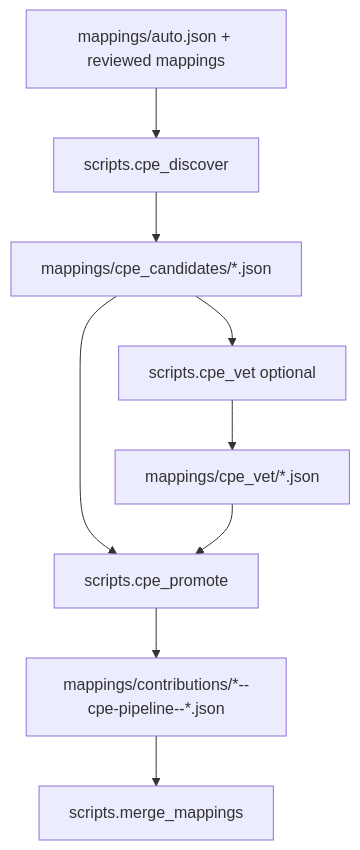
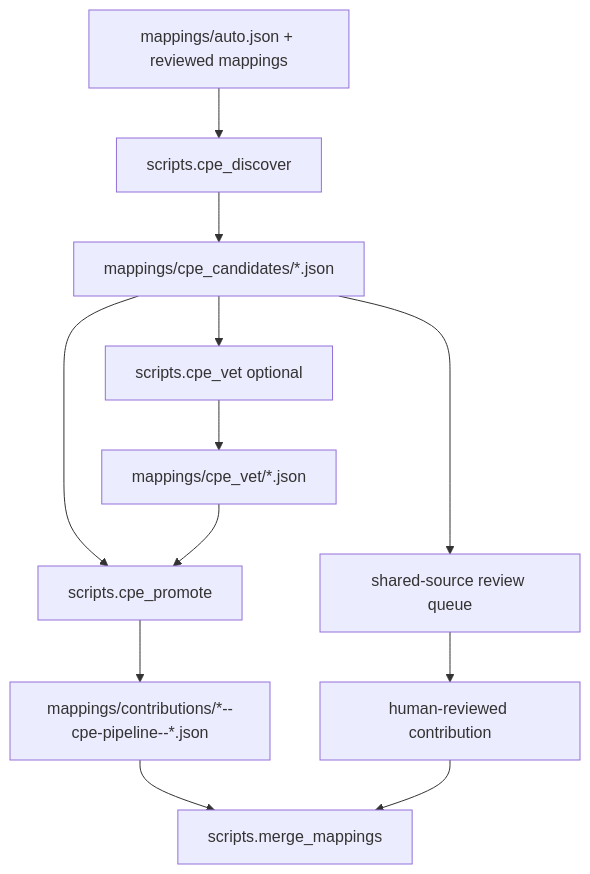
Before and after one commit to prefix-dev/purl-associator: the second of 2 diagrams in README.md, drawn with Mermaid. The commit also changed other lines of this file and 3 other files, not shown here.

Commit message:
PFX-1987: report shared-source CPE review queues

````diff
--- a/README.md
+++ b/README.md
@@ -303,11 +319,14 @@
 ```mermaid
 flowchart TD
   A[mappings/auto.json + reviewed mappings] --> B[scripts.cpe_discover]
   B --> C[mappings/cpe_candidates/*.json]
   C --> D[scripts.cpe_vet optional]
   D --> E[mappings/cpe_vet/*.json]
   C --> F[scripts.cpe_promote]
   E --> F
+  C --> I[shared-source review queue]
+  I --> J[human-reviewed contribution]
   F --> G[mappings/contributions/*--cpe-pipeline--*.json]
   G --> H[scripts.merge_mappings]
+  J --> H
 ```
````
